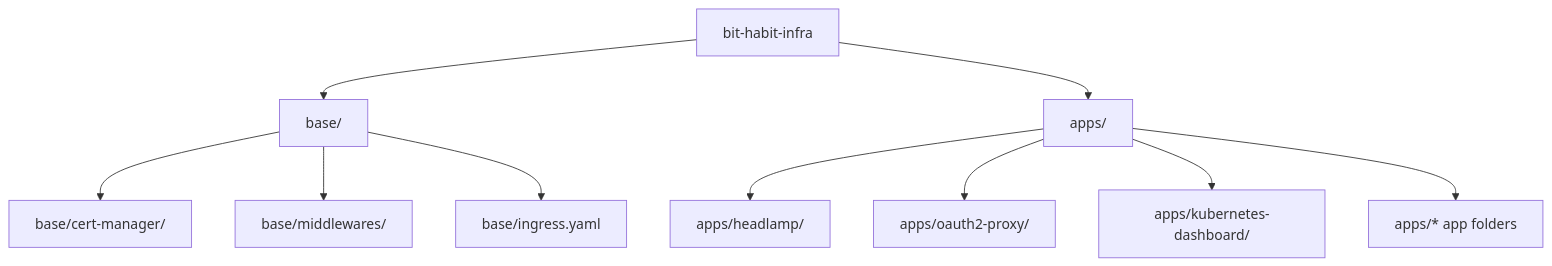
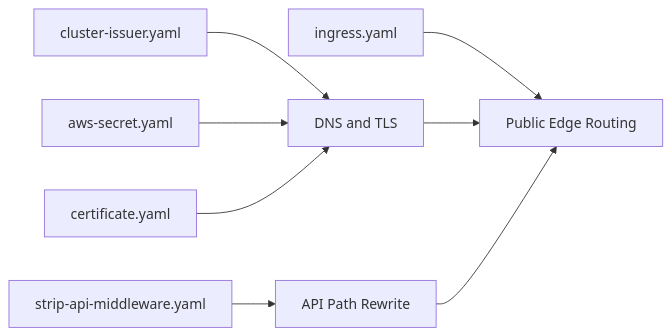
The second of 6 diagrams in README.md (bookseal/bit-habit-infra), drawn with Mermaid before and after one commit. The commit also changed other lines of this file, not shown here.

Commit message:
Rewrite README for beginner-friendly infra flow

````diff
--- a/README.md
+++ b/README.md
@@ -61,23 +146,15 @@
 ```mermaid
-flowchart TD
-    Root[bit-habit-infra]
-    Base[base/]
-    Apps[apps/]
-    Cert[base/cert-manager/]
-    Mid[base/middlewares/]
-    MainIngress[base/ingress.yaml]
-    Headlamp[apps/headlamp/]
-    OAuth[apps/oauth2-proxy/]
-    LegacyDash[apps/kubernetes-dashboard/]
-    SiteApps[apps/* app folders]
+flowchart LR
+    dns[DNS and TLS]
+    edge[Public Edge Routing]
+    apiPath[API Path Rewrite]
 
-    Root --> Base
-    Root --> Apps
-    Base --> Cert
-    Base --> Mid
-    Base --> MainIngress
-    Apps --> Headlamp
-    Apps --> OAuth
-    Apps --> LegacyDash
-    Apps --> SiteApps
+    b1[cluster-issuer.yaml] --> dns
+    b2[aws-secret.yaml] --> dns
+    b3[certificate.yaml] --> dns
+    b4[ingress.yaml] --> edge
+    b5[strip-api-middleware.yaml] --> apiPath
+
+    dns --> edge
+    apiPath --> edge
 ```
````
